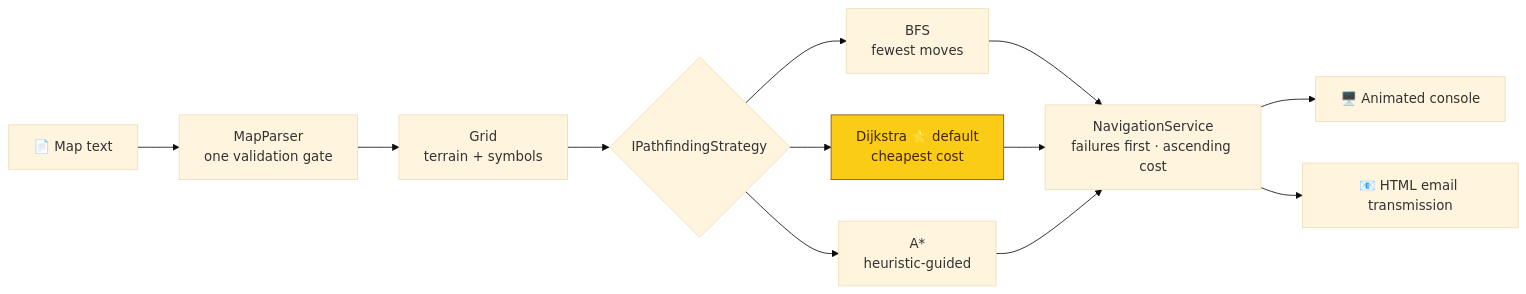
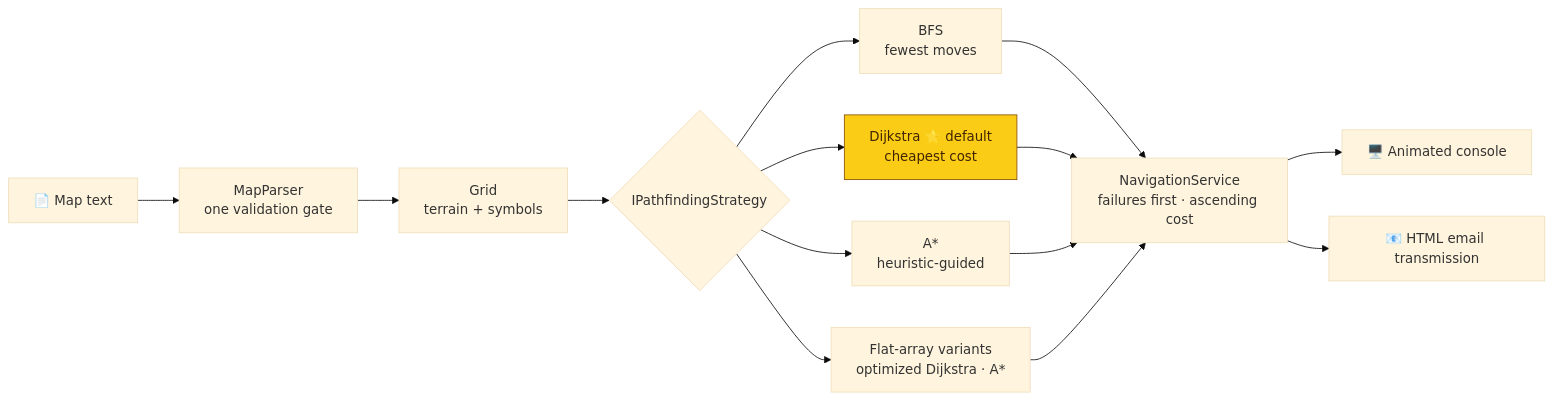
Before and after one commit to RayaSergieva/space-2026: the second of 3 diagrams in README.md, drawn with Mermaid (base theme). The commit also changed other lines of this file, not shown here.

Commit message:
Update README with benchmark results and optimized strategies

````diff
--- a/README.md
+++ b/README.md
@@ -150,16 +153,18 @@
 ```mermaid
 flowchart LR
     A["📄 Map text"] --> B["MapParser<br/>one validation gate"]
     B --> C["Grid<br/>terrain + symbols"]
     C --> D{"IPathfindingStrategy"}
     D --> E["BFS<br/>fewest moves"]
     D --> F["Dijkstra ⭐ default<br/>cheapest cost"]
     D --> G["A*<br/>heuristic-guided"]
+    D --> K["Flat-array variants<br/>optimized Dijkstra · A*"]
     E --> H["NavigationService<br/>failures first · ascending cost"]
     F --> H
     G --> H
+    K --> H
     H --> I["🖥️ Animated console"]
     H --> J["📧 HTML email transmission"]
 
     style F fill:#facc15,stroke:#854f0b,color:#412402
 ```
````
